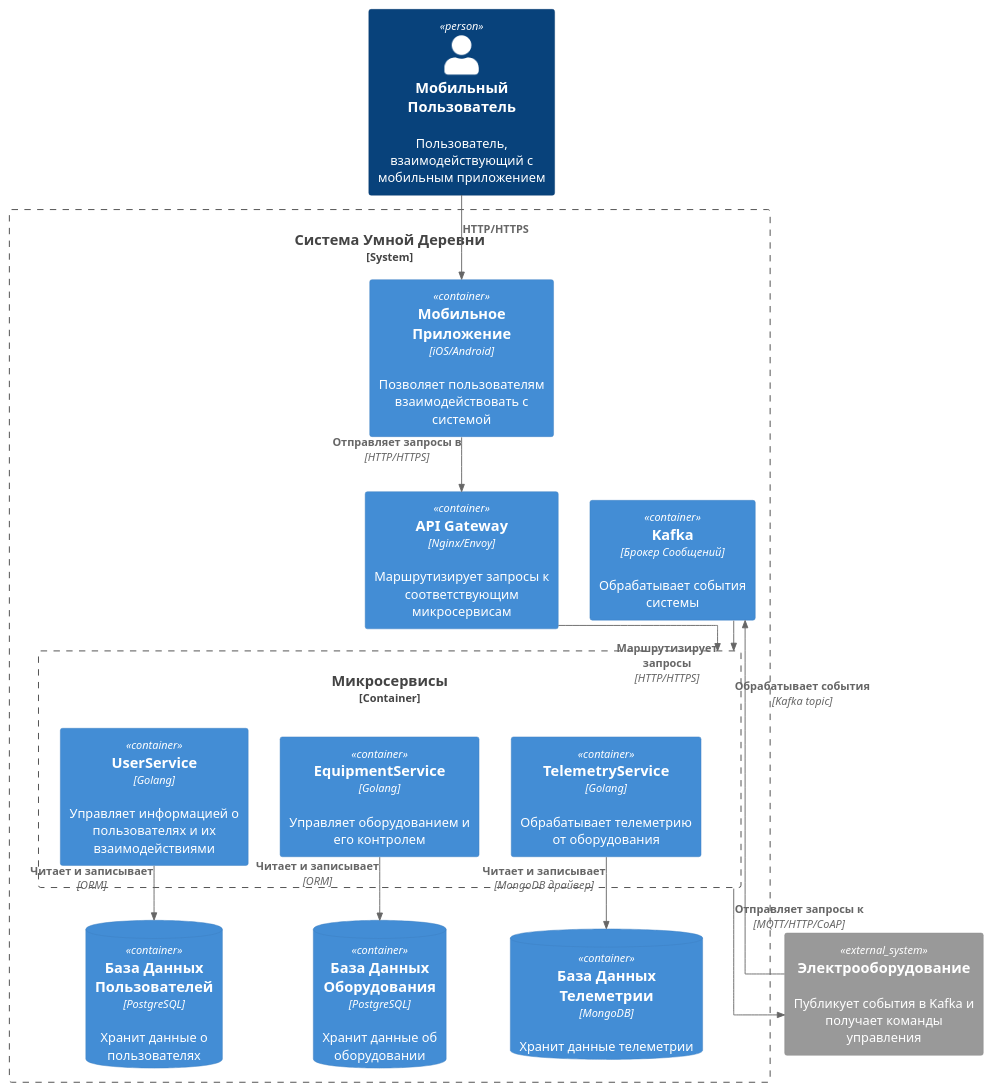
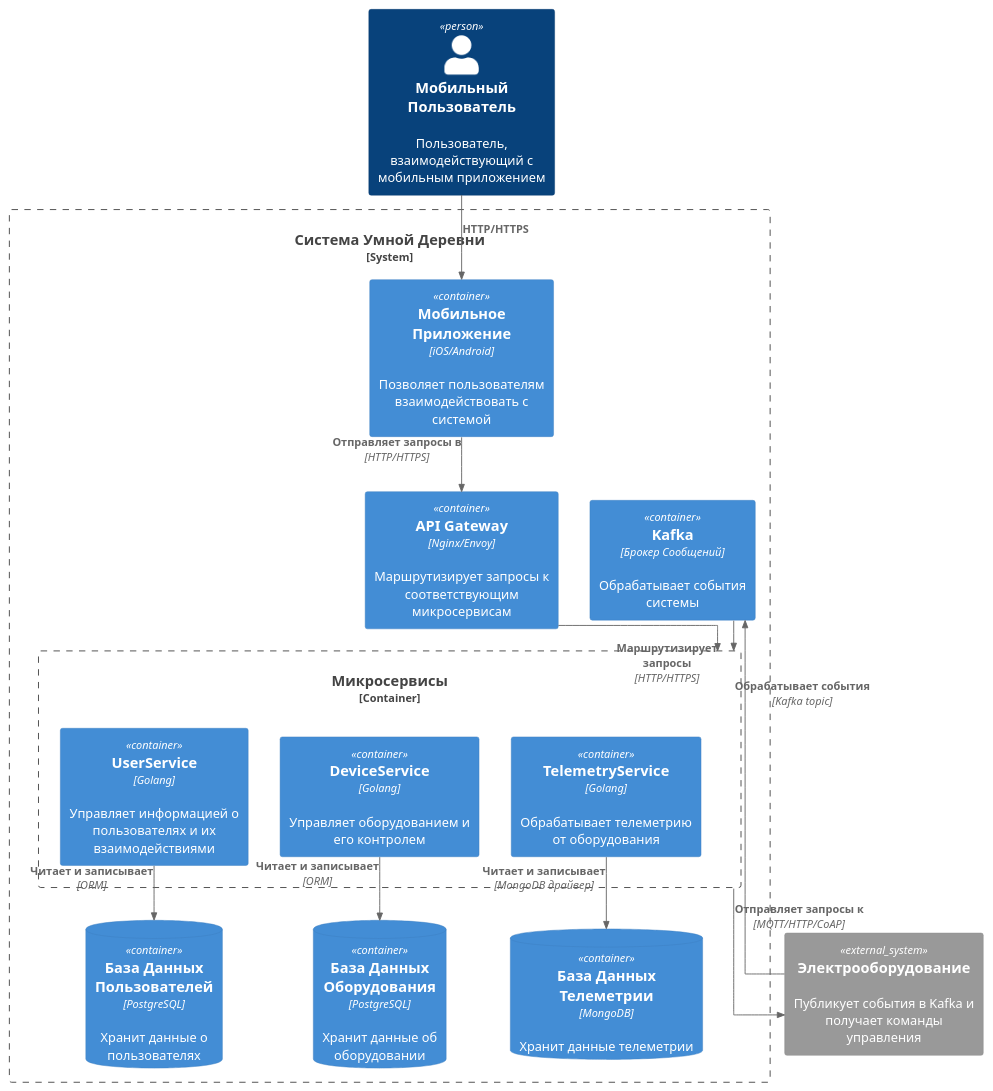
The diagram in smart-home-monolith/diagrams/component/Component_CleverVillageSystem.puml (fireflysmk/architecture-sprint-3), drawn with PlantUML before and after one commit.

Commit message:
device service

```diff
--- a/smart-home-monolith/diagrams/component/Component_CleverVillageSystem.puml
+++ b/smart-home-monolith/diagrams/component/Component_CleverVillageSystem.puml
@@ -1,40 +1,40 @@
 @startuml
 !include <C4/C4_Container>
 
 skinparam linetype ortho
 
 Person(mobile_user, "Мобильный Пользователь", "Пользователь, взаимодействующий с мобильным приложением")
 
 System_Boundary(b_system, "Система Умной Деревни") {
     Container(mobile_app, "Мобильное Приложение", "iOS/Android", "Позволяет пользователям взаимодействовать с системой")
     Container(api_gateway, "API Gateway", "Nginx/Envoy", "Маршрутизирует запросы к соответствующим микросервисам")
 
     Container_Boundary(services, "Микросервисы") {
         Container(user_service, "UserService", "Golang", "Управляет информацией о пользователях и их взаимодействиями")
-        Container(equipment_service, "EquipmentService", "Golang", "Управляет оборудованием и его контролем")
+        Container(device_service, "DeviceService", "Golang", "Управляет оборудованием и его контролем")
         Container(telemetry_service, "TelemetryService", "Golang", "Обрабатывает телеметрию от оборудования")
     }
 
     ContainerDb(user_db, "База Данных Пользователей", "PostgreSQL", "Хранит данные о пользователях")
     ContainerDb(equipment_db, "База Данных Оборудования", "PostgreSQL", "Хранит данные об оборудовании")
     ContainerDb(telemetry_db, "База Данных Телеметрии", "MongoDB", "Хранит данные телеметрии")
 
     Container(kafka, "Kafka", "Брокер Сообщений", "Обрабатывает события системы")
 }
 
 System_Ext(external_system, "Электрооборудование", "Публикует события в Kafka и получает команды управления")
 
 Rel(mobile_user, mobile_app, "HTTP/HTTPS")
 Rel(mobile_app, api_gateway, "Отправляет запросы в", "HTTP/HTTPS")
 Rel_D(api_gateway, services, "Маршрутизирует запросы", "HTTP/HTTPS")
 
 Rel(user_service, user_db, "Читает и записывает", "ORM")
-Rel(equipment_service, equipment_db, "Читает и записывает", "ORM")
+Rel(device_service, equipment_db, "Читает и записывает", "ORM")
 Rel(telemetry_service, telemetry_db, "Читает и записывает", "MongoDB драйвер")
 
 Rel(external_system, kafka, " ")
 Rel(kafka, services, "Обрабатывает события", "Kafka topic")
 
 Rel(services, external_system, "Отправляет запросы к", "MQTT/HTTP/CoAP")
 
 @enduml
```
